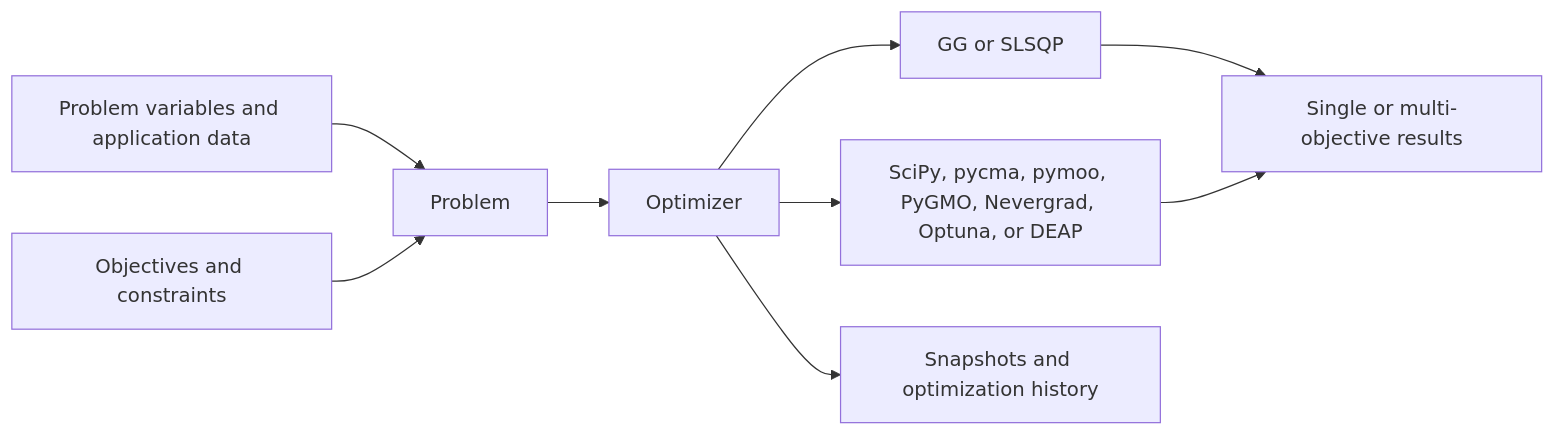
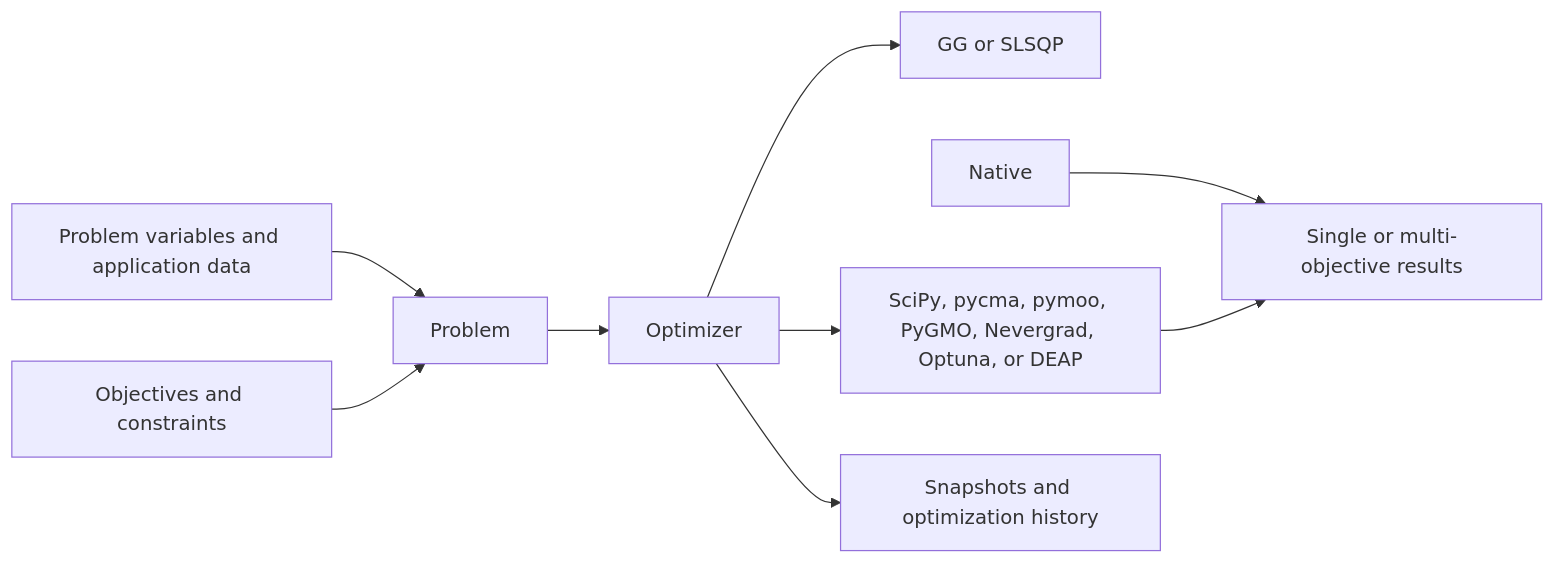
Before and after one commit to FraunhoferIWES/iwopy: the diagram in docs/architecture.md, drawn with Mermaid. The commit also changed other lines of this file and 96 other files, not shown here.

````diff
--- a/docs/architecture.md
+++ b/docs/architecture.md
@@ -40,11 +40,11 @@
 ```mermaid
 flowchart LR
     Caller[Problem variables and application data] --> Problem
     Functions[Objectives and constraints] --> Problem
     Problem --> Optimizer
-    Optimizer --> Native[GG or SLSQP]
+	Optimizer --> Iwopy[GG or SLSQP]
 	Optimizer --> Interfaces[SciPy, pycma, pymoo, PyGMO, Nevergrad, Optuna, or DEAP]
     Native --> Results[Single or multi-objective results]
     Interfaces --> Results
     Optimizer --> Callbacks[Snapshots and optimization history]
 ```
````
